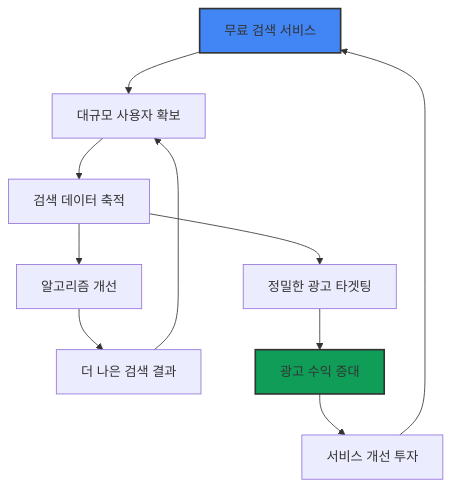
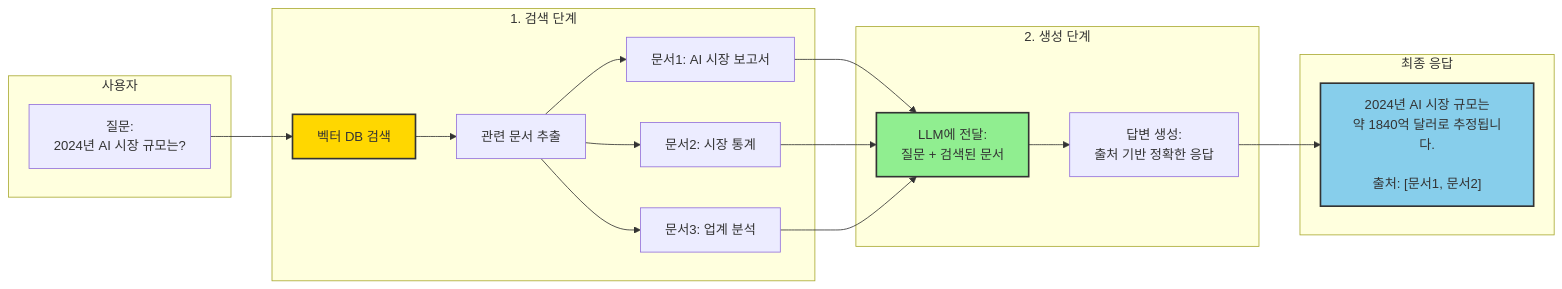
Before and after one commit to statkclee/gpt-retail: the sixth of 8 diagrams in basic.qmd, drawn with Mermaid. The commit also changed other lines of this file and 11 other files, not shown here.

First line of the commit message:
feat: basic.qmd AI 기초 장 대폭 개선 및 SVG 다이어그램 추가

````diff
--- a/basic.qmd
+++ b/basic.qmd
@@ -305,21 +503,43 @@
 ```{mermaid}
-%%| label: fig-google-ecosystem
-%%| fig-cap: "구글의 검색 생태계 구축"
+%%| label: fig-rag-workflow
+%%| fig-cap: "RAG 작동 원리: 검색과 생성의 결합"
 %%| fig-align: center
-%%| fig-width: 3
+%%| fig-width: 7
 
-graph TD
-    A[무료 검색 서비스] --> B[대규모 사용자 확보]
-    B --> C[검색 데이터 축적]
-    C --> D[알고리즘 개선]
-    D --> E[더 나은 검색 결과]
-    E --> B
-    
-    C --> F[정밀한 광고 타겟팅]
-    F --> G[광고 수익 증대]
-    G --> H[서비스 개선 투자]
-    H --> A
-    
-    style A fill:#4285f4,stroke:#333,stroke-width:2px
-    style G fill:#0f9d58,stroke:#333,stroke-width:2px
+graph LR
+    subgraph User["사용자"]
+        Q[질문:<br/>2024년 AI 시장 규모는?]
+    end
+
+    subgraph Retrieval["1. 검색 단계"]
+        S1[벡터 DB 검색]
+        S2[관련 문서 추출]
+        D1[문서1: AI 시장 보고서]
+        D2[문서2: 시장 통계]
+        D3[문서3: 업계 분석]
+    end
+
+    subgraph Generation["2. 생성 단계"]
+        L[LLM에 전달:<br/>질문 + 검색된 문서]
+        A[답변 생성:<br/>출처 기반 정확한 응답]
+    end
+
+    subgraph Output["최종 응답"]
+        R["2024년 AI 시장 규모는<br/>약 1840억 달러로 추정됩니다.<br/><br/>출처: [문서1, 문서2]"]
+    end
+
+    Q --> S1
+    S1 --> S2
+    S2 --> D1
+    S2 --> D2
+    S2 --> D3
+    D1 --> L
+    D2 --> L
+    D3 --> L
+    L --> A
+    A --> R
+
+    style S1 fill:#ffd700,stroke:#333,stroke-width:2px
+    style L fill:#90ee90,stroke:#333,stroke-width:2px
+    style R fill:#87ceeb,stroke:#333,stroke-width:2px
 ```
````
